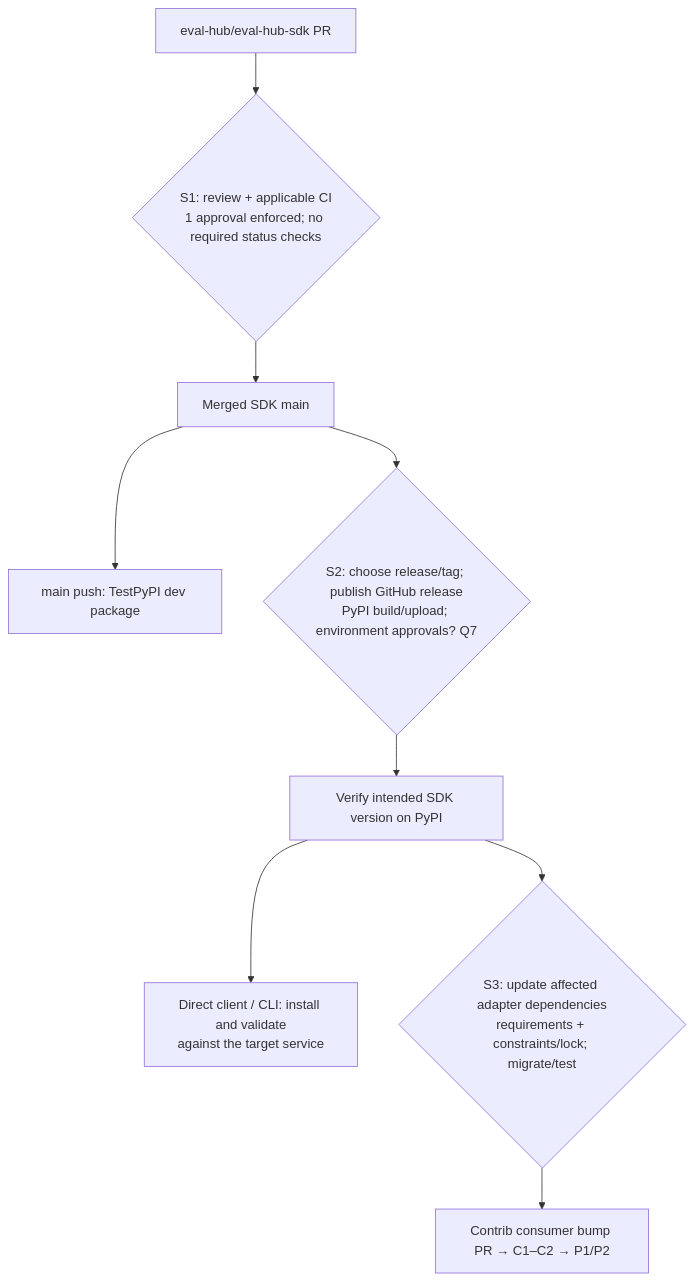
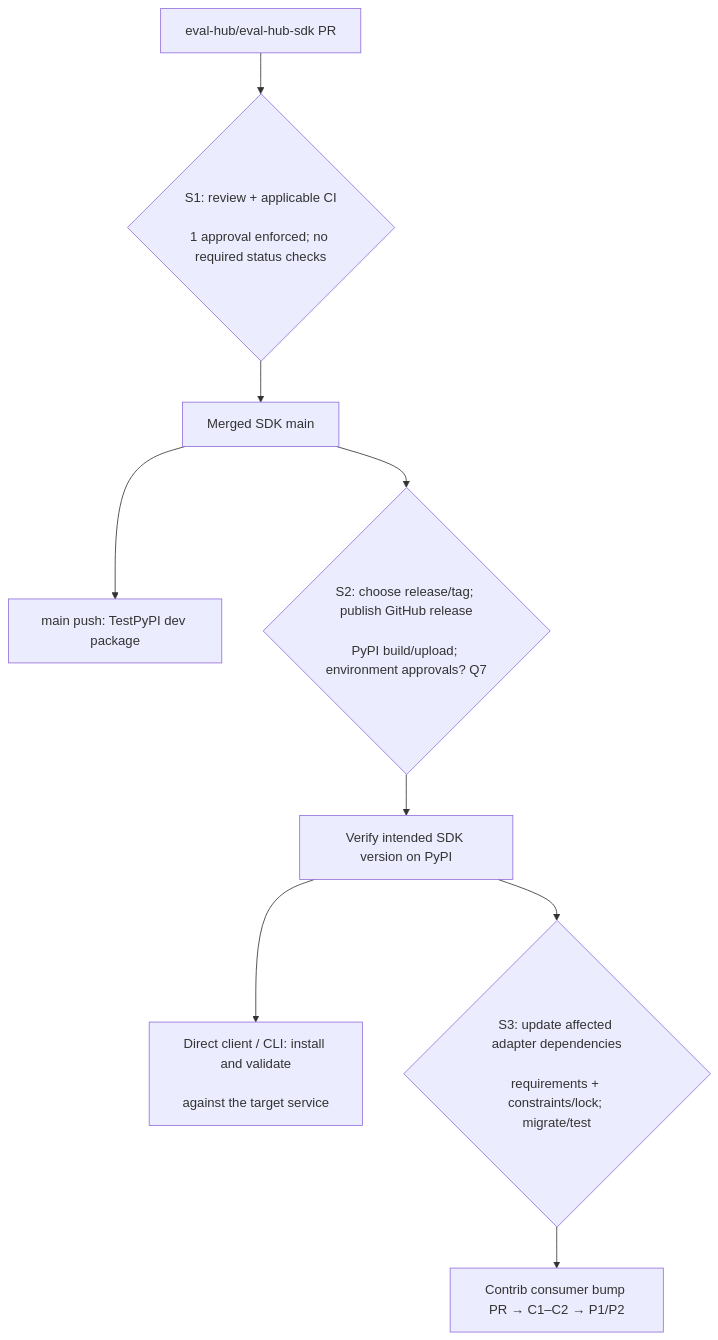
The fourth of 5 diagrams in EvalHub/pr-to-installer-build-flow.md (julpayne/docs), drawn with Mermaid before and after one commit. The commit also changed other lines of this file and 1 other file, not shown here.

````diff
--- a/EvalHub/pr-to-installer-build-flow.md
+++ b/EvalHub/pr-to-installer-build-flow.md
@@ -112,11 +286,24 @@
 ```mermaid
 flowchart TB
-  SPR["eval-hub/eval-hub-sdk PR"] --> S1{"S1: review + applicable CI<br/>1 approval enforced; no required status checks"}
-  S1 --> MAIN["Merged SDK main"]
-  MAIN --> TEST["main push: TestPyPI dev package"]
-  MAIN --> S2{"S2: choose release/tag; publish GitHub release<br/>PyPI build/upload; environment approvals? Q7"}
-  S2 --> PYPI["Verify intended SDK version on PyPI"]
-  PYPI --> CLIENT["Direct client / CLI: install and validate<br/>against the target service"]
-  PYPI --> S3{"S3: update affected adapter dependencies<br/>requirements + constraints/lock; migrate/test"}
-  S3 --> CONTRIB["Contrib consumer bump PR → C1–C2 → P1/P2"]
+  SPR["eval-hub/eval-hub-sdk PR"]
+  S1{"S1: review + applicable CI<br/>
+1 approval enforced; no required status checks"}
+  SPR --> S1
+  MAIN["Merged SDK main"]
+  S1 --> MAIN
+  TEST["main push: TestPyPI dev package"]
+  MAIN --> TEST
+  S2{"S2: choose release/tag; publish GitHub release<br/>
+PyPI build/upload; environment approvals? Q7"}
+  MAIN --> S2
+  PYPI["Verify intended SDK version on PyPI"]
+  S2 --> PYPI
+  CLIENT["Direct client / CLI: install and validate<br/>
+against the target service"]
+  PYPI --> CLIENT
+  S3{"S3: update affected adapter dependencies<br/>
+requirements + constraints/lock; migrate/test"}
+  PYPI --> S3
+  CONTRIB["Contrib consumer bump PR → C1–C2 → P1/P2"]
+  S3 --> CONTRIB
 ```
````
